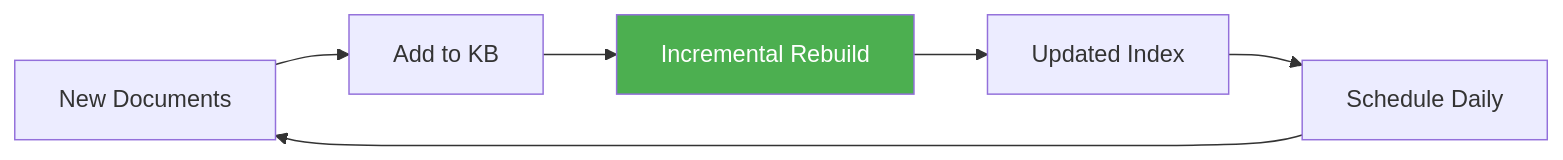
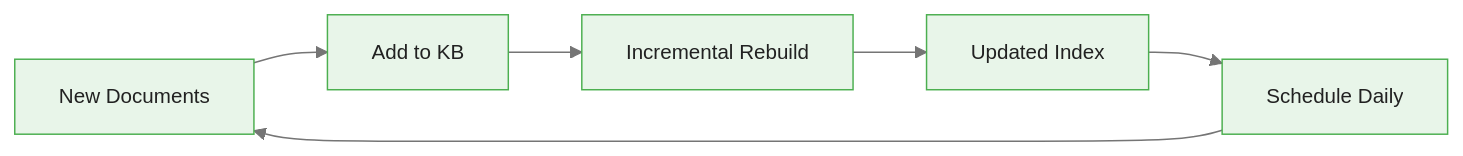
One commit to m-deane/course-creator changed the fifth of 5 diagrams in courses/dataiku-genai/modules/module_02_rag/guides/01_knowledge_banks_slides.md. Above: the diagram before and after it, drawn with Mermaid. The commit also changed other lines of this file and 54 other files, not shown here.

````diff
--- a/courses/dataiku-genai/modules/module_02_rag/guides/01_knowledge_banks_slides.md
+++ b/courses/dataiku-genai/modules/module_02_rag/guides/01_knowledge_banks_slides.md
@@ -454,10 +465,9 @@
 ```mermaid
+%%{init: {"theme": "base", "themeVariables": {"primaryColor": "#e8f5e9", "primaryBorderColor": "#4caf50", "primaryTextColor": "#212121", "secondaryColor": "#e3f2fd", "tertiaryColor": "#fff8e1", "lineColor": "#757575", "fontFamily": "Inter, sans-serif", "fontSize": "14px"}}}%%
 flowchart LR
     NEW[New Documents] --> ADD[Add to KB]
     ADD --> REBUILD[Incremental Rebuild]
     REBUILD --> READY[Updated Index]
     READY --> SCHED[Schedule Daily]
     SCHED --> NEW
-
-    style REBUILD fill:#4CAF50,color:#fff
 ```
````
